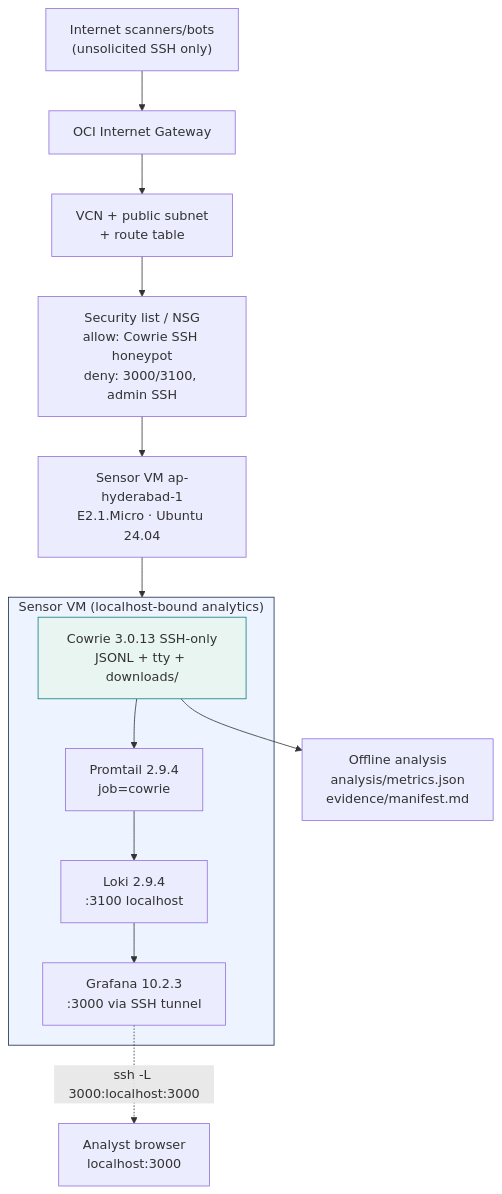
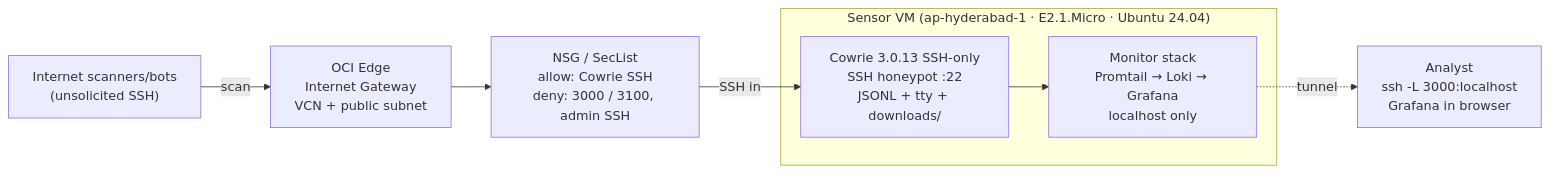
Before and after one commit to aaadarsh1337/threat-harbour: the diagram in diagrams/architecture.mmd, drawn with Mermaid. The commit also changed 6 other files, not shown here.

Commit message:
Fixed diagrams

```diff
--- a/diagrams/architecture.mmd
+++ b/diagrams/architecture.mmd
@@ -1,20 +1,12 @@
-flowchart TD
-    Internet["Internet scanners/bots<br/>(unsolicited SSH only)"] --> IGW["OCI Internet Gateway"]
-    IGW --> VCN["VCN + public subnet<br/>+ route table"]
-    VCN --> NSG["Security list / NSG<br/>allow: Cowrie SSH honeypot<br/>deny: 3000/3100, admin SSH"]
-    NSG --> VM["Sensor VM ap-hyderabad-1<br/>E2.1.Micro · Ubuntu 24.04"]
+flowchart LR
+    Internet["Internet scanners/bots<br/>(unsolicited SSH)"] -- scan --> IGW["OCI Edge<br/>Internet Gateway<br/>VCN + public subnet"]
+    IGW --> NSG["NSG / SecList<br/>allow: Cowrie SSH<br/>deny: 3000 / 3100, admin SSH"]
+    NSG -- SSH in --> Cowrie
 
-    subgraph VMBox["Sensor VM (localhost-bound analytics)"]
-        Cowrie["Cowrie 3.0.13 SSH-only<br/>JSONL + tty + downloads/"]
-        Promtail["Promtail 2.9.4<br/>job=cowrie"]
-        Loki["Loki 2.9.4<br/>:3100 localhost"]
-        Grafana["Grafana 10.2.3<br/>:3000 via SSH tunnel"]
-        Cowrie --> Promtail --> Loki --> Grafana
+    subgraph VM["Sensor VM (ap-hyderabad-1 · E2.1.Micro · Ubuntu 24.04)"]
+        Cowrie["Cowrie 3.0.13 SSH-only<br/>SSH honeypot :22<br/>JSONL + tty + downloads/"]
+        Monitor["Monitor stack<br/>Promtail → Loki → Grafana<br/>localhost only"]
+        Cowrie --> Monitor
     end
 
-    VM --> VMBox
-    Cowrie --> Offline["Offline analysis<br/>analysis/metrics.json<br/>evidence/manifest.md"]
-    Grafana -.->|ssh -L 3000:localhost:3000| Analyst["Analyst browser<br/>localhost:3000"]
-
-    style VMBox fill:#eef4ff,stroke:#1b2a4a
-    style Cowrie fill:#e9f5f0,stroke:#0e7c7b
+    Monitor -. tunnel .-> Analyst["Analyst<br/>ssh -L 3000:localhost<br/>Grafana in browser"]
```
